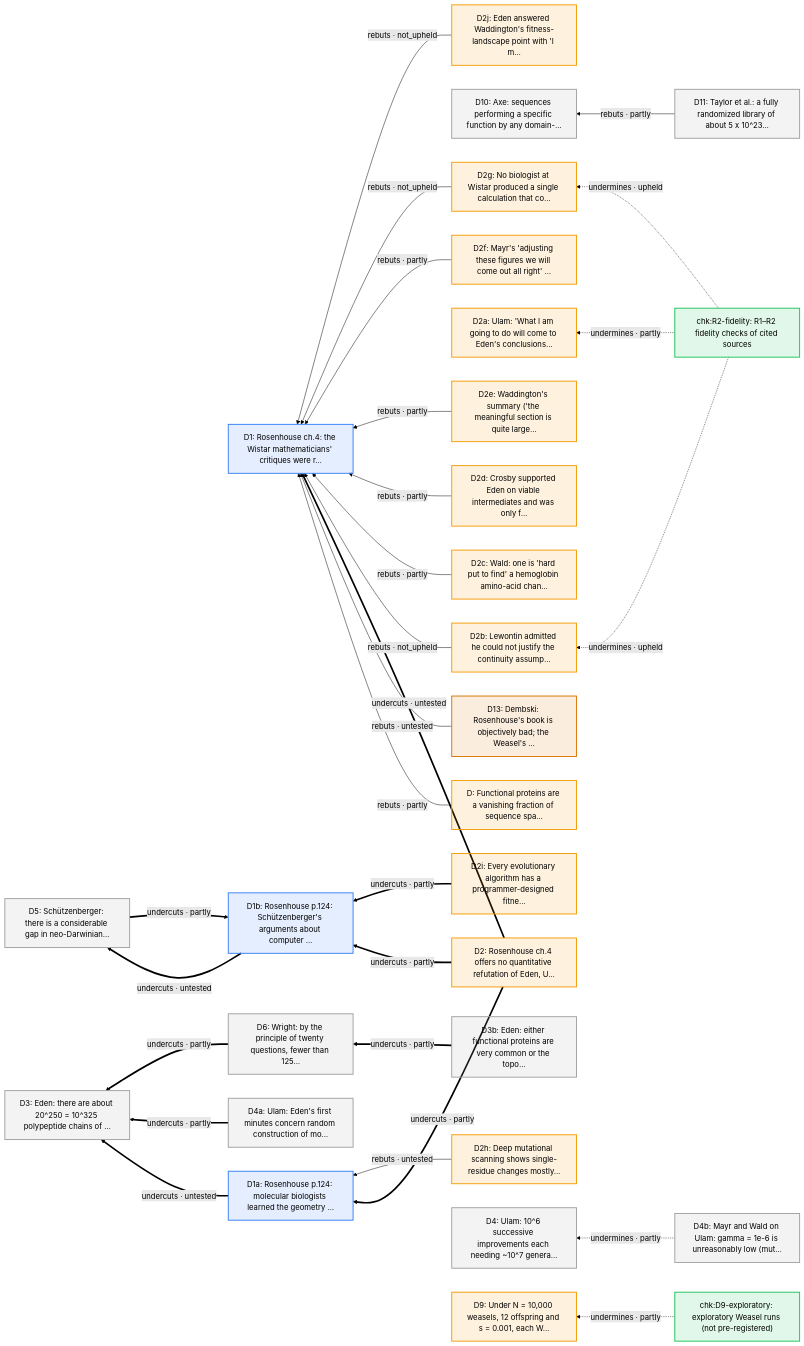
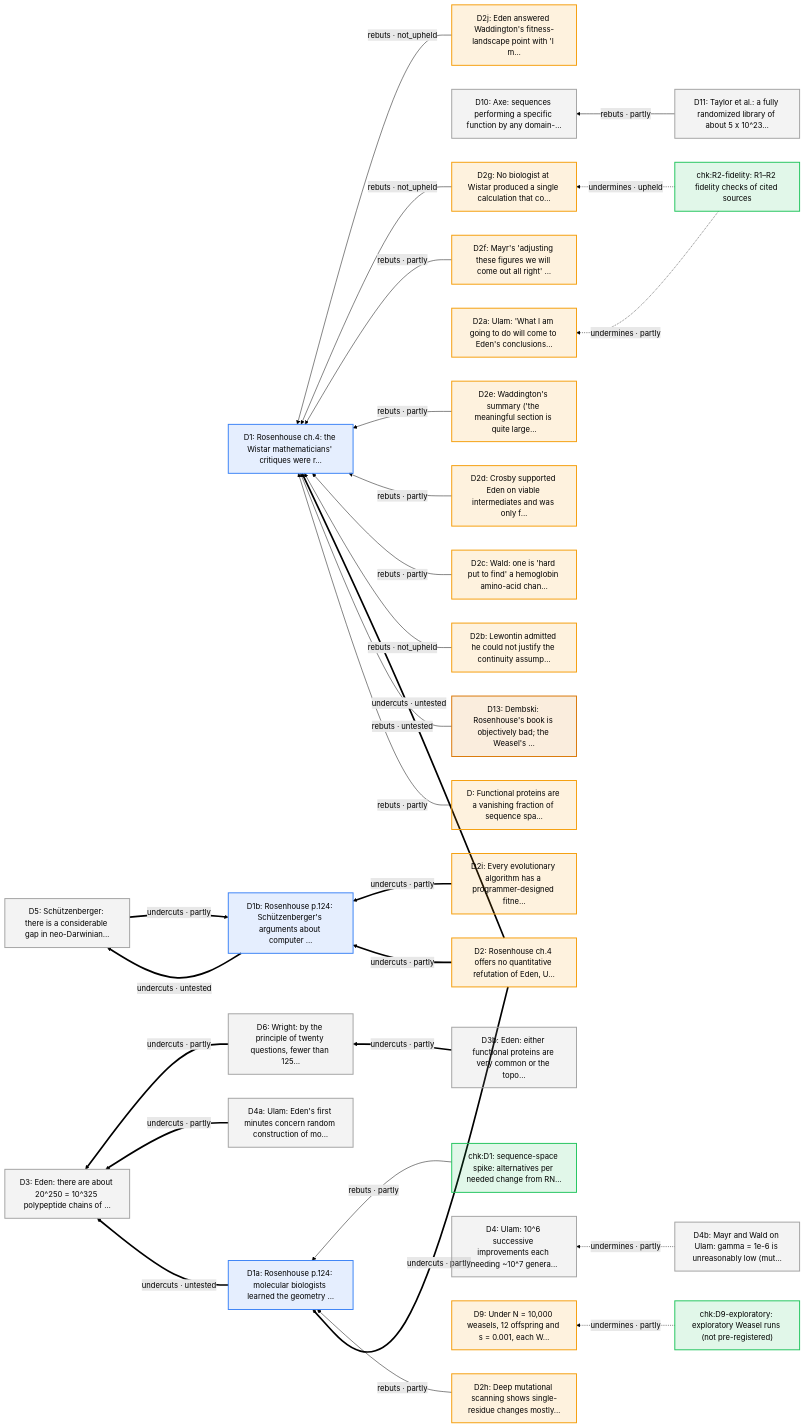
Before and after one commit to nickallevato/evo-sim: the seventh of 16 diagrams in docs/arguments/defeaters.md, drawn with Mermaid (forest theme). The commit also changed other lines of this file and 50 other files, not shown here.

````diff
--- a/docs/arguments/defeaters.md
+++ b/docs/arguments/defeaters.md
@@ -367,62 +375,63 @@
 ```mermaid
 flowchart RL
   classDef day fill:#f59e0b22,stroke:#f59e0b,stroke-width:2px
   classDef ally fill:#d9770622,stroke:#d97706,stroke-width:2px
   classDef critic fill:#3b82f622,stroke:#3b82f6,stroke-width:2px
   classDef literature fill:#a3a3a322,stroke:#a3a3a3,stroke-width:2px
   classDef audit fill:#22c55e22,stroke:#22c55e,stroke-width:2px
   D["D: Functional proteins are a vanishing fraction of sequence spa…"]:::day
   D1["D1: Rosenhouse ch.4: the Wistar mathematicians' critiques were r…"]:::critic
   D10["D10: Axe: sequences performing a specific function by any domain-…"]:::literature
   D11["D11: Taylor et al.: a fully randomized library of about 5 x 10^23…"]:::literature
   D13["D13: Dembski: Rosenhouse's book is objectively bad; the Weasel's …"]:::ally
   D1a["D1a: Rosenhouse p.124: molecular biologists learned the geometry …"]:::critic
   D1b["D1b: Rosenhouse p.124: Schützenberger's arguments about computer …"]:::critic
   D2["D2: Rosenhouse ch.4 offers no quantitative refutation of Eden, U…"]:::day
   D2a["D2a: Ulam: 'What I am going to do will come to Eden's conclusions…"]:::day
   D2b["D2b: Lewontin admitted he could not justify the continuity assump…"]:::day
   D2c["D2c: Wald: one is 'hard put to find' a hemoglobin amino-acid chan…"]:::day
   D2d["D2d: Crosby supported Eden on viable intermediates and was only f…"]:::day
   D2e["D2e: Waddington's summary ('the meaningful section is quite large…"]:::day
   D2f["D2f: Mayr's 'adjusting these figures we will come out all right' …"]:::day
   D2g["D2g: No biologist at Wistar produced a single calculation that co…"]:::day
   D2h["D2h: Deep mutational scanning shows single-residue changes mostly…"]:::day
   D2i["D2i: Every evolutionary algorithm has a programmer-designed fitne…"]:::day
   D2j["D2j: Eden answered Waddington's fitness-landscape point with 'I m…"]:::day
   D3["D3: Eden: there are about 20^250 = 10^325 polypeptide chains of …"]:::literature
   D3b["D3b: Eden: either functional proteins are very common or the topo…"]:::literature
   D4["D4: Ulam: 10^6 successive improvements each needing ~10^7 genera…"]:::literature
   D4a["D4a: Ulam: Eden's first minutes concern random construction of mo…"]:::literature
   D4b["D4b: Mayr and Wald on Ulam: gamma = 1e-6 is unreasonably low (mut…"]:::literature
   D5["D5: Schützenberger: there is a considerable gap in neo-Darwinian…"]:::literature
   D6["D6: Wright: by the principle of twenty questions, fewer than 125…"]:::literature
   D9["D9: Under N = 10,000 weasels, 12 offspring and s = 0.001, each W…"]:::day
+  chk_D1["chk:D1: sequence-space spike: alternatives per needed change from RN…"]:::audit
   chk_D9_exploratory["chk:D9-exploratory: exploratory Weasel runs (not pre-registered)"]:::audit
   chk_R2_fidelity["chk:R2-fidelity: R1–R2 fidelity checks of cited sources"]:::audit
   D -->|"rebuts · partly"| D1
   D13 -->|"rebuts · untested"| D1
   D2 ==>|"undercuts · untested"| D1
   D2b -->|"rebuts · not_upheld"| D1
   D2c -->|"rebuts · partly"| D1
   D2d -->|"rebuts · partly"| D1
   D2e -->|"rebuts · partly"| D1
   D2f -->|"rebuts · partly"| D1
   D2g -->|"rebuts · not_upheld"| D1
   D2j -->|"rebuts · not_upheld"| D1
   D11 -->|"rebuts · partly"| D10
   chk_R2_fidelity -.->|"undermines · upheld"| D2g
   D1a ==>|"undercuts · untested"| D3
   D4a ==>|"undercuts · partly"| D3
   D6 ==>|"undercuts · partly"| D3
   D4b -.->|"undermines · partly"| D4
   D1b ==>|"undercuts · untested"| D5
   D3b ==>|"undercuts · partly"| D6
   chk_D9_exploratory -.->|"undermines · partly"| D9
   D2 ==>|"undercuts · partly"| D1a
-  D2h -->|"rebuts · untested"| D1a
+  D2h -->|"rebuts · partly"| D1a
+  chk_D1 -->|"rebuts · partly"| D1a
   D2 ==>|"undercuts · partly"| D1b
   D2i ==>|"undercuts · partly"| D1b
   D5 ==>|"undercuts · partly"| D1b
   chk_R2_fidelity -.->|"undermines · partly"| D2a
-  chk_R2_fidelity -.->|"undermines · upheld"| D2b
 ```
````
